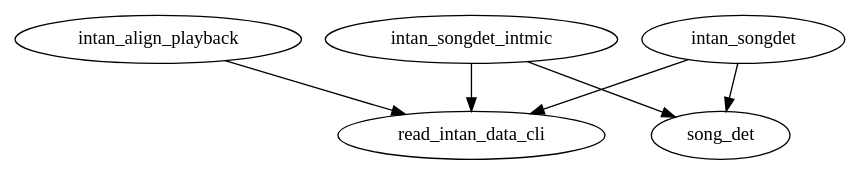
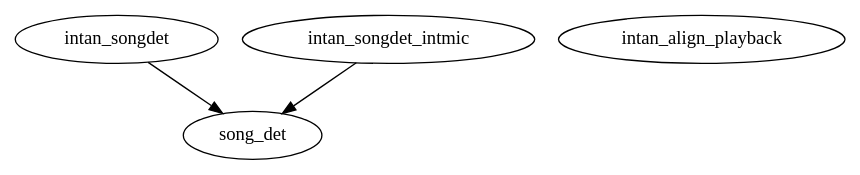
Before and after one commit to jmarkow/ephys: the diagram in doc/ephys/helpers/intan/graph.dot, drawn with Graphviz. The commit also changed 90 other files, not shown here.

```diff
--- a/doc/ephys/helpers/intan/graph.dot
+++ b/doc/ephys/helpers/intan/graph.dot
@@ -1,14 +1,10 @@
 /* Created by mdot for Matlab */
 digraph m2html {
-  intan_align_playback -> read_intan_data_cli;
-  intan_songdet -> read_intan_data_cli;
   intan_songdet -> song_det;
-  intan_songdet_intmic -> read_intan_data_cli;
   intan_songdet_intmic -> song_det;
 
   intan_align_playback [URL="intan_align_playback.html"];
   intan_songdet [URL="intan_songdet.html"];
   intan_songdet_intmic [URL="intan_songdet_intmic.html"];
-  read_intan_data_cli [URL="read_intan_data_cli.html"];
   song_det [URL="song_det.html"];
 }
```
